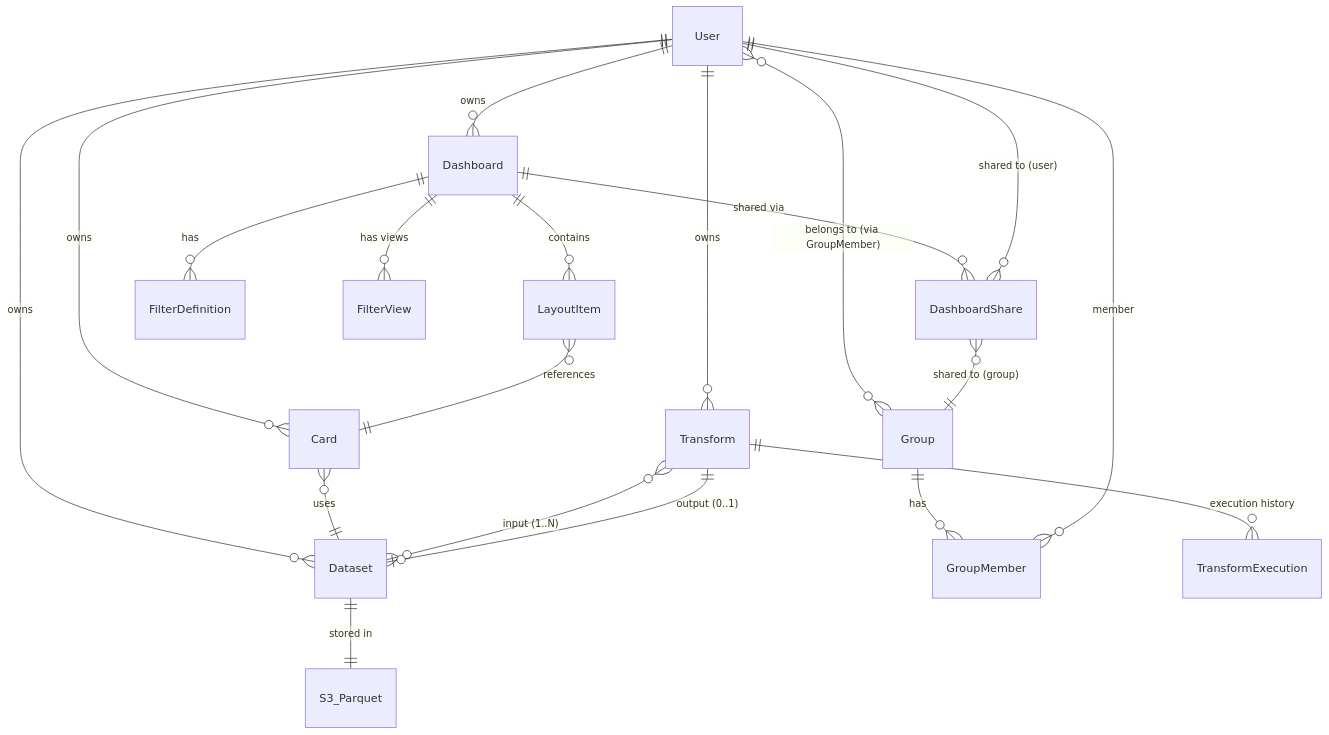
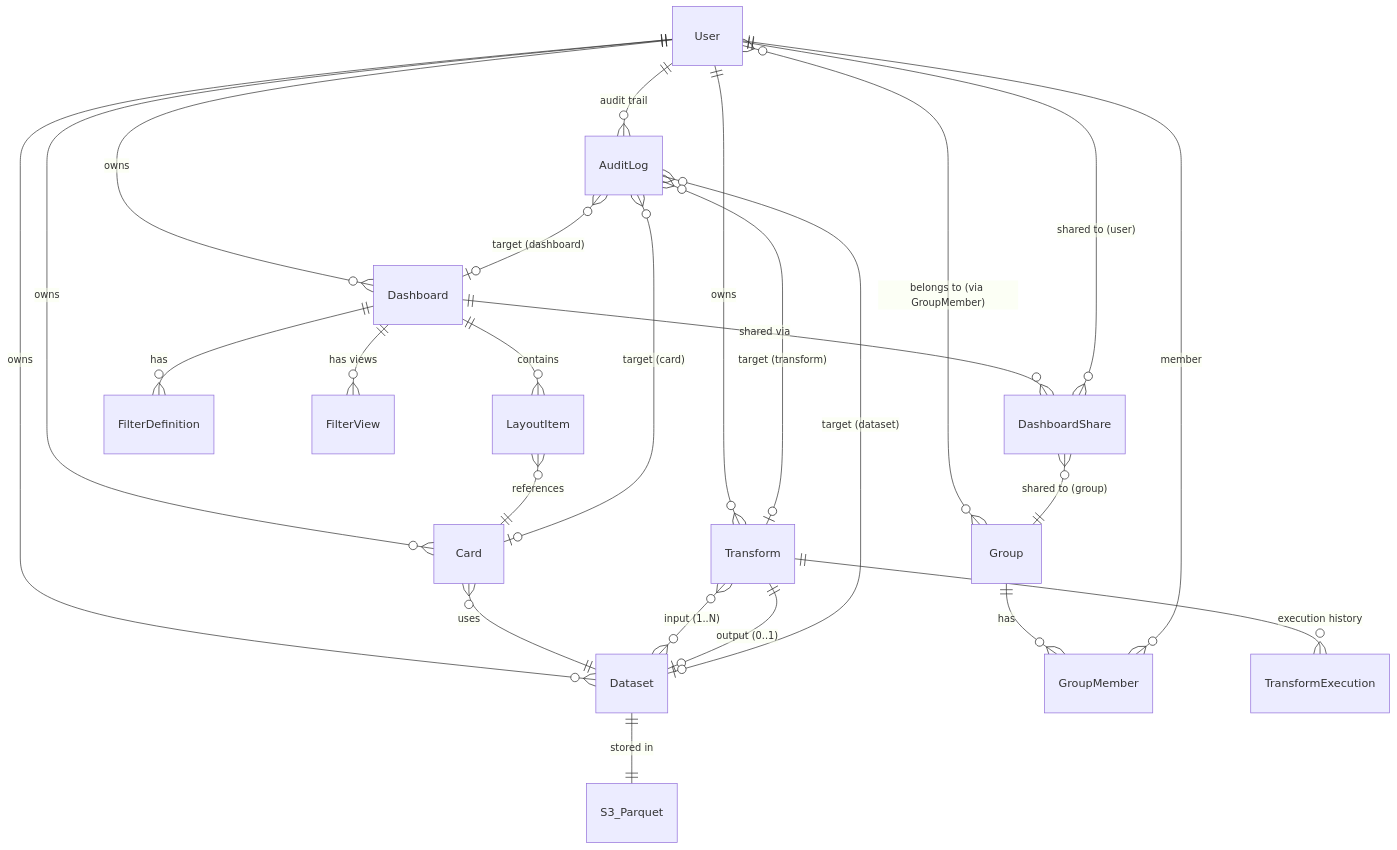
One commit to tndhk/No42_work_bi_CC changed the diagram in codemaps/data.md. Above: the diagram before and after it, drawn with Mermaid. The commit also changed other lines of this file and 7 other files, not shown here.

Commit message:
docs: codemaps・PROGRESS・RUNBOOK・CONTRIB を AuditLog 機能に合わせて更新

````diff
--- a/codemaps/data.md
+++ b/codemaps/data.md
@@ -670,22 +733,27 @@
 ```mermaid
 erDiagram
     User ||--o{ Dataset : "owns"
     User ||--o{ Card : "owns"
     User ||--o{ Dashboard : "owns"
     User ||--o{ Transform : "owns"
     User }o--o{ Group : "belongs to (via GroupMember)"
     Dashboard ||--o{ DashboardShare : "shared via"
     DashboardShare }o--|| User : "shared to (user)"
     DashboardShare }o--|| Group : "shared to (group)"
     Group ||--o{ GroupMember : "has"
     GroupMember }o--|| User : "member"
     Dashboard ||--o{ LayoutItem : "contains"
     Dashboard ||--o{ FilterDefinition : "has"
     Dashboard ||--o{ FilterView : "has views"
     LayoutItem }o--|| Card : "references"
     Card }o--|| Dataset : "uses"
     Dataset ||--|| S3_Parquet : "stored in"
     Transform }o--o{ Dataset : "input (1..N)"
     Transform ||--o| Dataset : "output (0..1)"
     Transform ||--o{ TransformExecution : "execution history"
+    User ||--o{ AuditLog : "audit trail"
+    AuditLog }o--o| Dashboard : "target (dashboard)"
+    AuditLog }o--o| Dataset : "target (dataset)"
+    AuditLog }o--o| Transform : "target (transform)"
+    AuditLog }o--o| Card : "target (card)"
 ```
````
